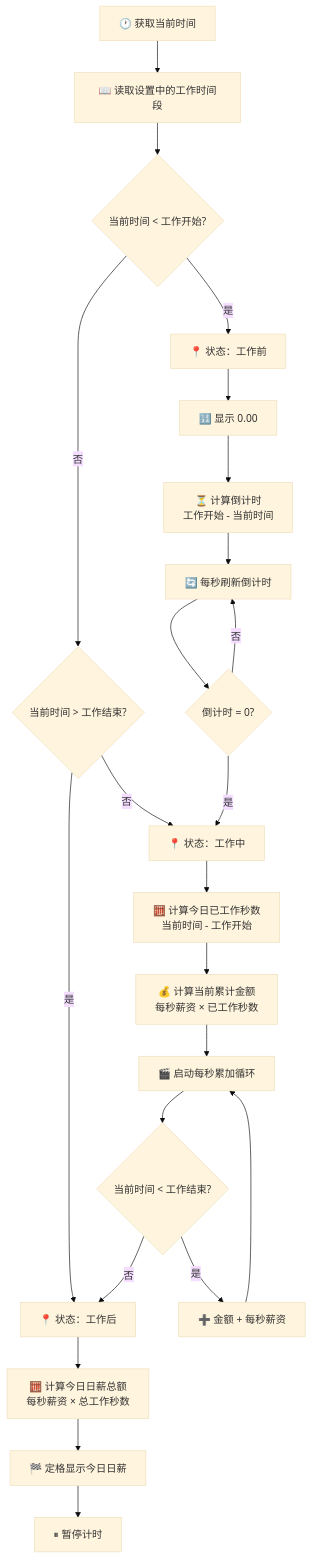
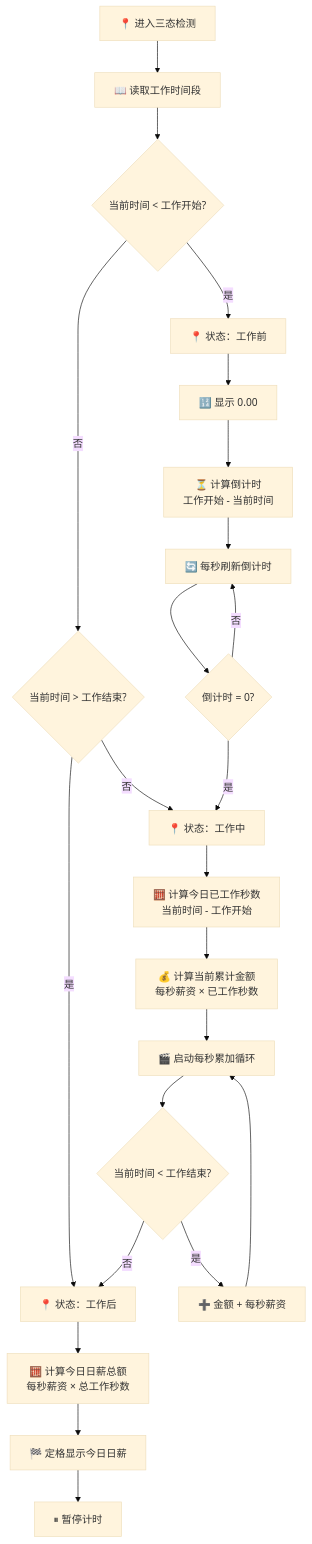
Before and after one commit to Dongby329/to-c-week1-hourly-wage-clock: the second of 3 diagrams in docs/flowcharts/03-三态时间检测.md, drawn with Mermaid (base theme). The commit also changed other lines of this file and 5 other files, not shown here.

````diff
--- a/docs/flowcharts/03-三态时间检测.md
+++ b/docs/flowcharts/03-三态时间检测.md
@@ -5,28 +28,28 @@
 ```mermaid
 flowchart TD
-    A[🕐 获取当前时间] --> B["📖 读取设置中的工作时间段"]
+    G[📍 进入三态检测] --> B["📖 读取工作时间段"]
     B --> C{"当前时间 < 工作开始?"}
     C -->|是| D[📍 状态：工作前]
     C -->|否| E{"当前时间 > 工作结束?"}
     E -->|是| F[📍 状态：工作后]
-    E -->|否| G[📍 状态：工作中]
+    E -->|否| G2[📍 状态：工作中]
 
     D --> D1["🔢 显示 0.00"]
     D1 --> D2["⏳ 计算倒计时<br/>工作开始 - 当前时间"]
     D2 --> D3["🔄 每秒刷新倒计时"]
     D3 --> D4{"倒计时 = 0?"}
     D4 -->|否| D3
-    D4 -->|是| G
+    D4 -->|是| G2
 
-    G --> G1["🧮 计算今日已工作秒数<br/>当前时间 - 工作开始"]
-    G1 --> G2["💰 计算当前累计金额<br/>每秒薪资 × 已工作秒数"]
-    G2 --> G3["🎬 启动每秒累加循环"]
-    G3 --> G4{"当前时间 < 工作结束?"}
-    G4 -->|是| G5["➕ 金额 + 每秒薪资"]
-    G5 --> G3
-    G4 -->|否| F
+    G2 --> G3["🧮 计算今日已工作秒数<br/>当前时间 - 工作开始"]
+    G3 --> G4["💰 计算当前累计金额<br/>每秒薪资 × 已工作秒数"]
+    G4 --> G5["🎬 启动每秒累加循环"]
+    G5 --> G6{"当前时间 < 工作结束?"}
+    G6 -->|是| G7["➕ 金额 + 每秒薪资"]
+    G7 --> G5
+    G6 -->|否| F
 
     F --> F1["🧮 计算今日日薪总额<br/>每秒薪资 × 总工作秒数"]
     F1 --> F2["🏁 定格显示今日日薪"]
     F2 --> F3["⏸ 暂停计时"]
 ```
````
